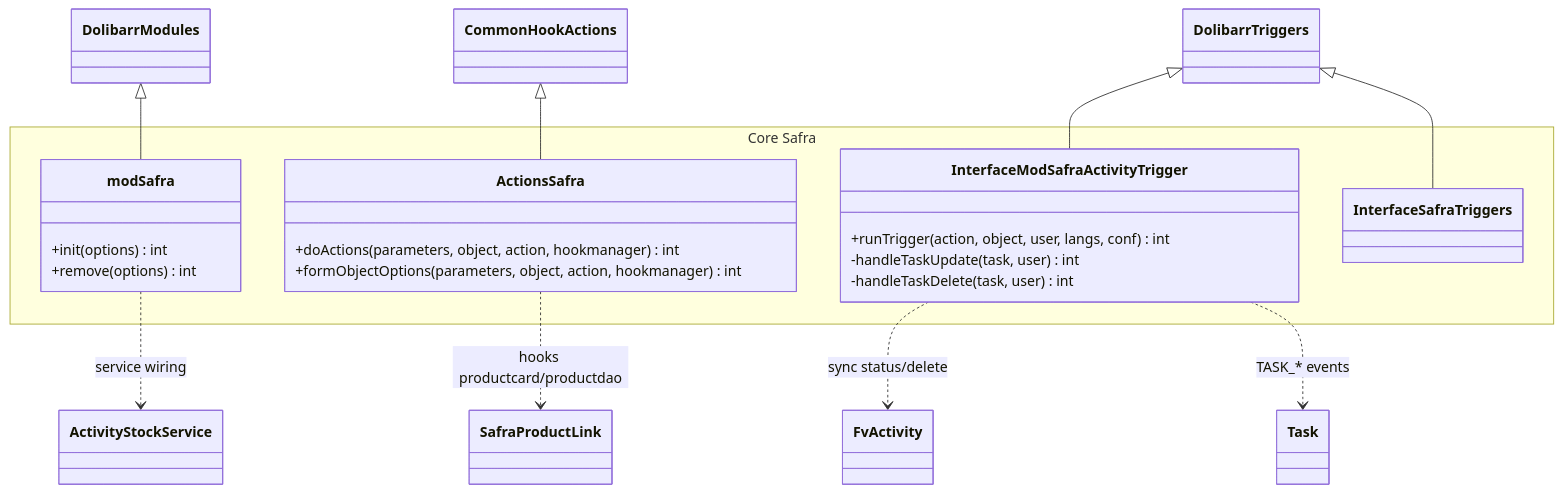
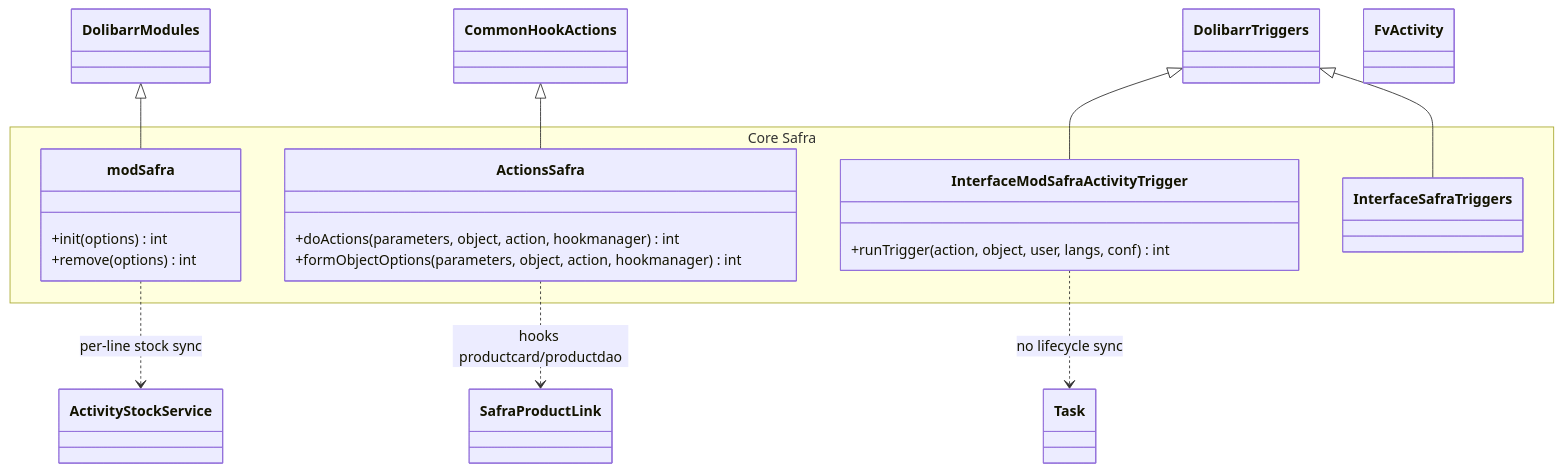
The diagram in doc/uml-dominios/01_core_integracoes.mmd (IagoMelo01/dolibarr_safra), drawn with Mermaid before and after one commit. The commit also changed 33 other files, not shown here.

```diff
--- a/doc/uml-dominios/01_core_integracoes.mmd
+++ b/doc/uml-dominios/01_core_integracoes.mmd
@@ -1,37 +1,34 @@
 classDiagram
     direction TB
 
     namespace `Core Safra` {
         class modSafra {
             +init(options) int
             +remove(options) int
         }
         class ActionsSafra {
             +doActions(parameters, object, action, hookmanager) int
             +formObjectOptions(parameters, object, action, hookmanager) int
         }
         class InterfaceModSafraActivityTrigger {
             +runTrigger(action, object, user, langs, conf) int
-            -handleTaskUpdate(task, user) int
-            -handleTaskDelete(task, user) int
         }
         class InterfaceSafraTriggers
     }
 
     class DolibarrModules
     class CommonHookActions
     class DolibarrTriggers
     class FvActivity
     class Task
     class SafraProductLink
     class ActivityStockService
 
     DolibarrModules <|-- modSafra
     CommonHookActions <|-- ActionsSafra
     DolibarrTriggers <|-- InterfaceModSafraActivityTrigger
     DolibarrTriggers <|-- InterfaceSafraTriggers
 
     ActionsSafra ..> SafraProductLink : hooks productcard/productdao
-    InterfaceModSafraActivityTrigger ..> FvActivity : sync status/delete
-    InterfaceModSafraActivityTrigger ..> Task : TASK_* events
-    modSafra ..> ActivityStockService : service wiring
+    InterfaceModSafraActivityTrigger ..> Task : no lifecycle sync
+    modSafra ..> ActivityStockService : per-line stock sync
```
